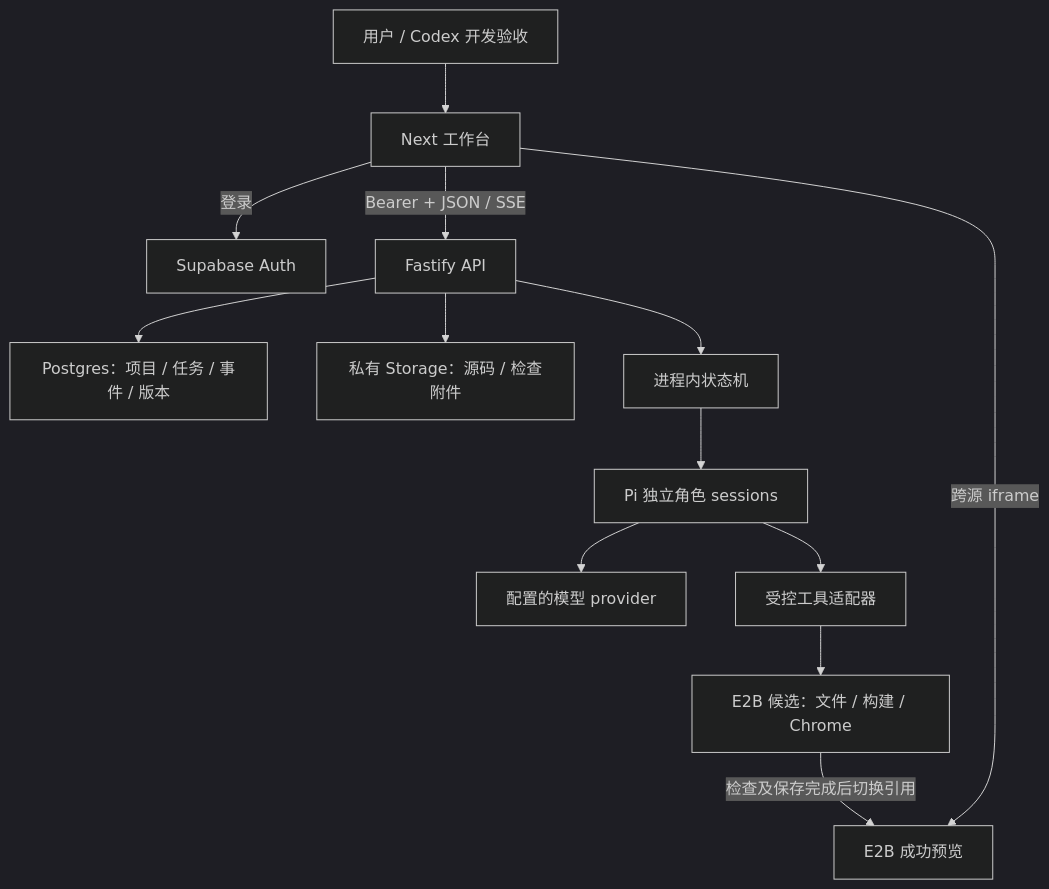
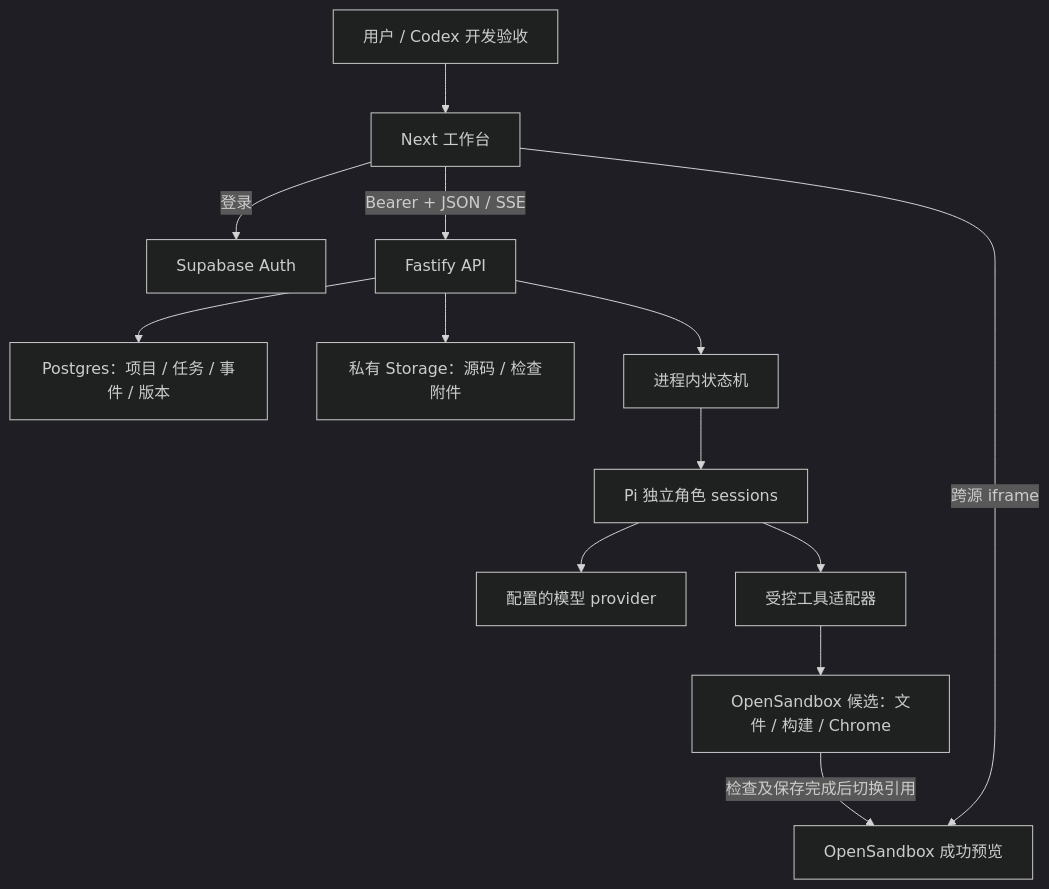
The first of 2 diagrams in docs/TRD.md (hengworkinggit/pivloom), drawn with Mermaid (dark theme) before and after one commit. The commit also changed other lines of this file and 153 other files, not shown here.

````diff
--- a/docs/TRD.md
+++ b/docs/TRD.md
@@ -58,15 +65,15 @@
 ```mermaid
 flowchart TD
     Human[用户 / Codex 开发验收] --> Web[Next 工作台]
     Web -->|登录| Auth[Supabase Auth]
     Web -->|Bearer + JSON / SSE| API[Fastify API]
     API --> DB[Postgres：项目 / 任务 / 事件 / 版本]
     API --> Store[私有 Storage：源码 / 检查附件]
     API --> Runner[进程内状态机]
     Runner --> Pi[Pi 独立角色 sessions]
     Pi --> Model[配置的模型 provider]
     Pi --> Tools[受控工具适配器]
-    Tools --> Candidate[E2B 候选：文件 / 构建 / Chrome]
-    Web -->|跨源 iframe| Preview[E2B 成功预览]
+    Tools --> Candidate[OpenSandbox 候选：文件 / 构建 / Chrome]
+    Web -->|跨源 iframe| Preview[OpenSandbox 成功预览]
     Candidate -->|检查及保存完成后切换引用| Preview
 ```
````
